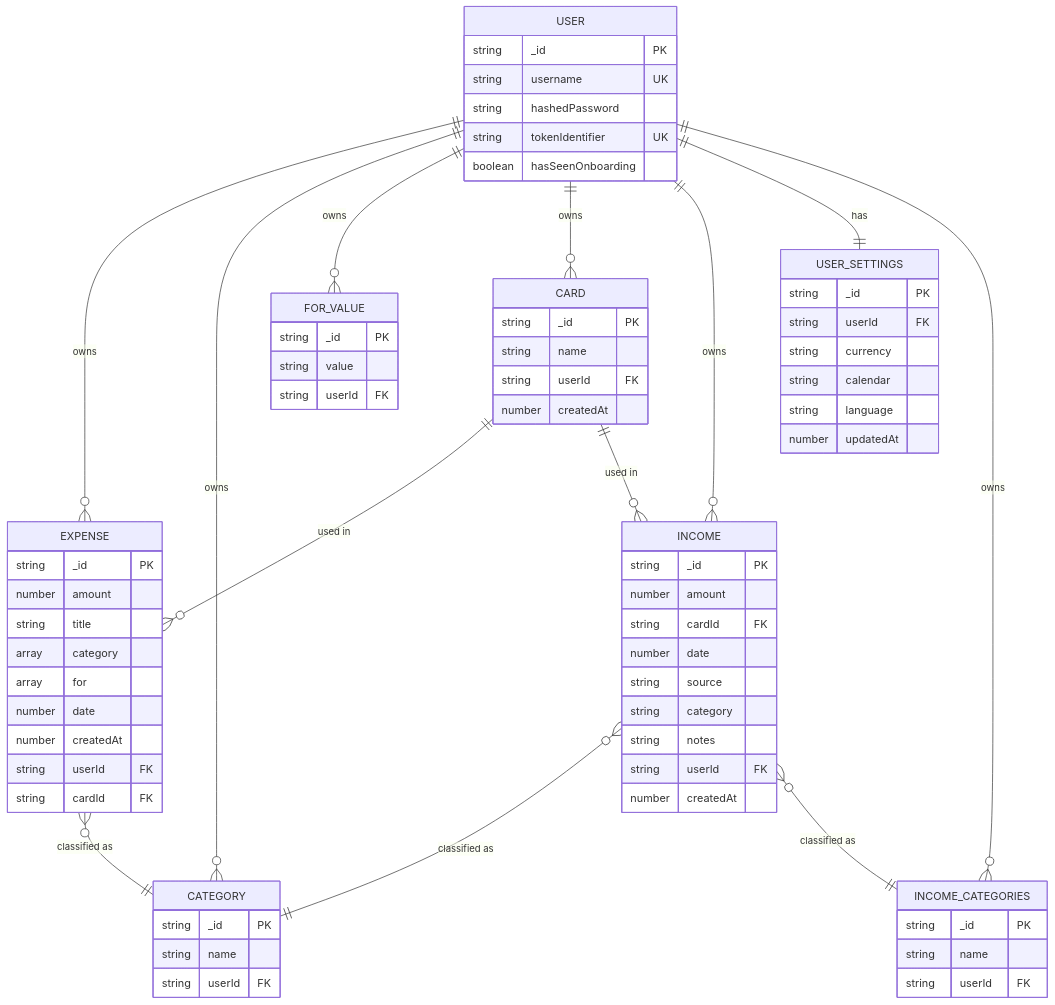
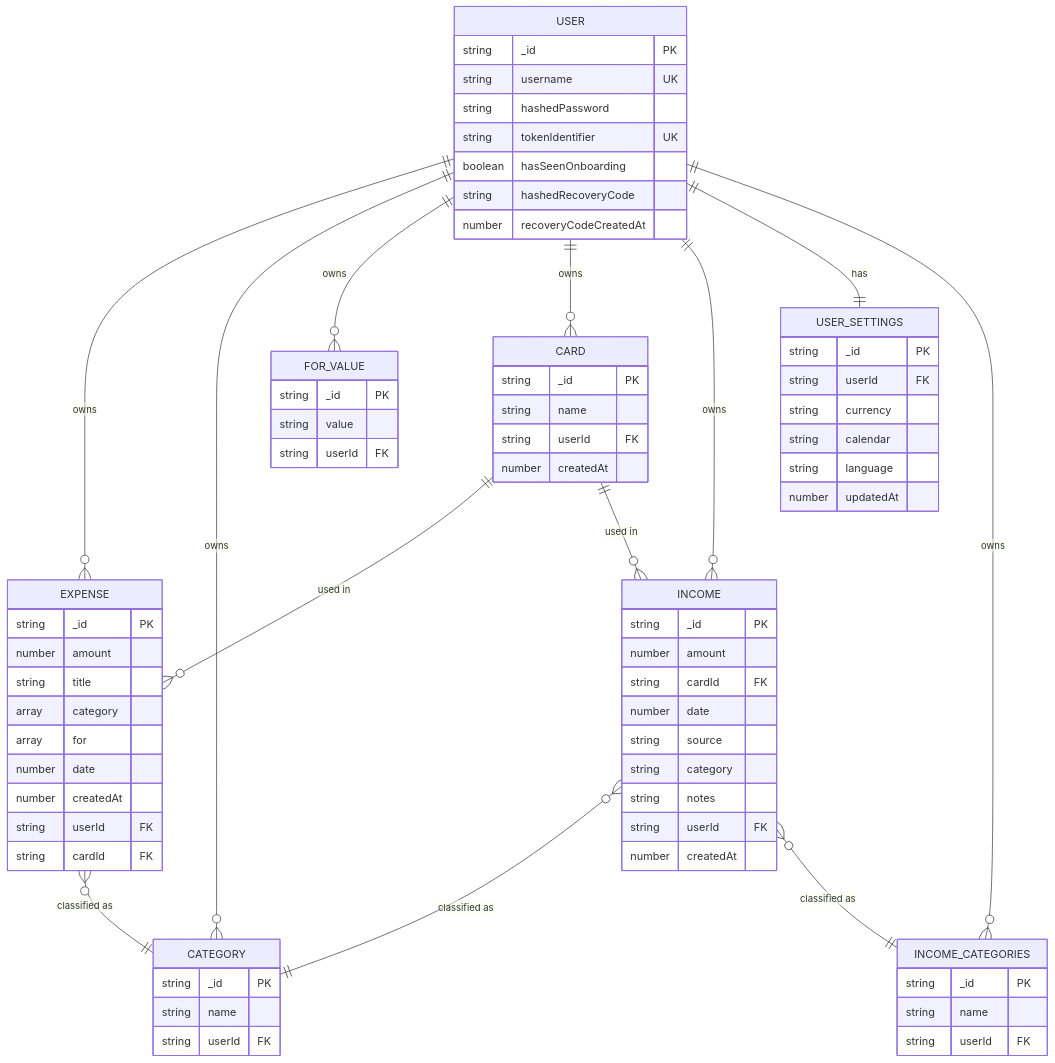
One commit to amiirbazzii/Expense-Tracker---Warp changed the first of 2 diagrams in .qoder/repowiki/en/content/Backend Architecture/Data Models and Schema.md. Above: the diagram before and after it, drawn with Mermaid. The commit also changed other lines of this file and 15 other files, not shown here.

````diff
--- a/.qoder/repowiki/en/content/Backend Architecture/Data Models and Schema.md
+++ b/.qoder/repowiki/en/content/Backend Architecture/Data Models and Schema.md
@@ -150,73 +154,75 @@
 ```mermaid
 erDiagram
 USER {
 string _id PK
 string username UK
 string hashedPassword
 string tokenIdentifier UK
 boolean hasSeenOnboarding
+string hashedRecoveryCode
+number recoveryCodeCreatedAt
 }
 EXPENSE {
 string _id PK
 number amount
 string title
 array category
 array for
 number date
 number createdAt
 string userId FK
 string cardId FK
 }
 CATEGORY {
 string _id PK
 string name
 string userId FK
 }
 FOR_VALUE {
 string _id PK
 string value
 string userId FK
 }
 CARD {
 string _id PK
 string name
 string userId FK
 number createdAt
 }
 INCOME {
 string _id PK
 number amount
 string cardId FK
 number date
 string source
 string category
 string notes
 string userId FK
 number createdAt
 }
 USER_SETTINGS {
 string _id PK
 string userId FK
 string currency
 string calendar
 string language
 number updatedAt
 }
 INCOME_CATEGORIES {
 string _id PK
 string name
 string userId FK
 }
 USER ||--o{ EXPENSE : "owns"
 USER ||--o{ CATEGORY : "owns"
 USER ||--o{ FOR_VALUE : "owns"
 USER ||--o{ CARD : "owns"
 USER ||--o{ INCOME : "owns"
 USER ||--|| USER_SETTINGS : "has"
 USER ||--o{ INCOME_CATEGORIES : "owns"
 CARD ||--o{ EXPENSE : "used in"
 CARD ||--o{ INCOME : "used in"
 EXPENSE }o--|| CATEGORY : "classified as"
 INCOME }o--|| CATEGORY : "classified as"
 INCOME }o--|| INCOME_CATEGORIES : "classified as"
 ```
````
